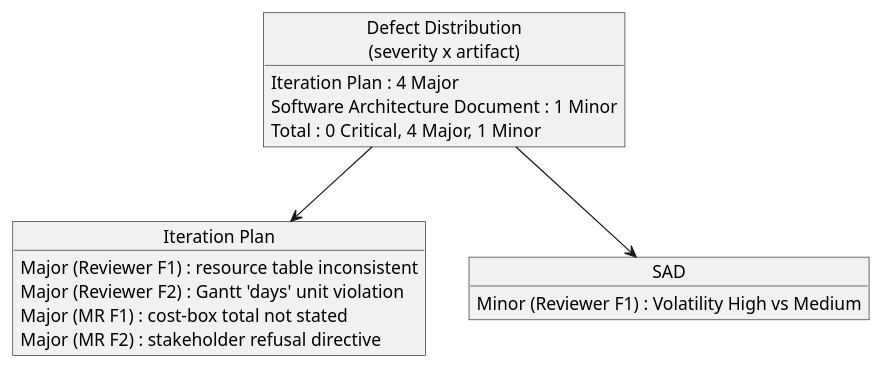
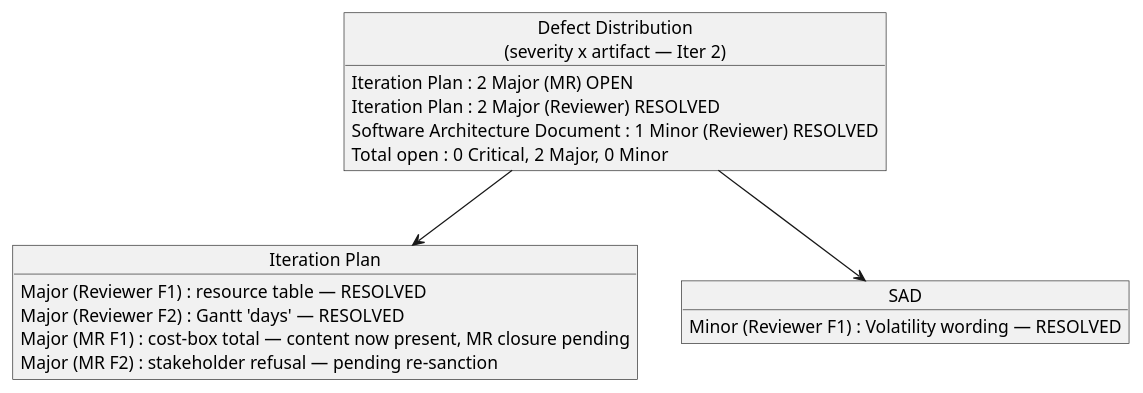
One commit to banense-test/portal changed the third of 4 diagrams in docs/artifacts/project-management/review-record.md. Above: the diagram before and after it, drawn with PlantUML. The commit also changed other lines of this file, not shown here.

First line of the commit message:
Reviewer [I2]: upsert Review Record

````diff
--- a/docs/artifacts/project-management/review-record.md
+++ b/docs/artifacts/project-management/review-record.md
@@ -73,25 +74,26 @@
 ```plantuml
 @startuml
 skinparam objectStyle rectangle
 
-object "Defect Distribution\n(severity x artifact)" as DD {
-  Iteration Plan : 4 Major
-  Software Architecture Document : 1 Minor
-  Total : 0 Critical, 4 Major, 1 Minor
+object "Defect Distribution\n(severity x artifact — Iter 2)" as DD {
+  Iteration Plan : 2 Major (MR) OPEN
+  Iteration Plan : 2 Major (Reviewer) RESOLVED
+  Software Architecture Document : 1 Minor (Reviewer) RESOLVED
+  Total open : 0 Critical, 2 Major, 0 Minor
 }
 
 object "Iteration Plan" as IP {
-  Major (Reviewer F1) : resource table inconsistent
-  Major (Reviewer F2) : Gantt 'days' unit violation
-  Major (MR F1) : cost-box total not stated
-  Major (MR F2) : stakeholder refusal directive
+  Major (Reviewer F1) : resource table — RESOLVED
+  Major (Reviewer F2) : Gantt 'days' — RESOLVED
+  Major (MR F1) : cost-box total — content now present, MR closure pending
+  Major (MR F2) : stakeholder refusal — pending re-sanction
 }
 
 object "SAD" as SAD {
-  Minor (Reviewer F1) : Volatility High vs Medium
+  Minor (Reviewer F1) : Volatility wording — RESOLVED
 }
 
 DD --> IP
 DD --> SAD
 @enduml
 ```
````
